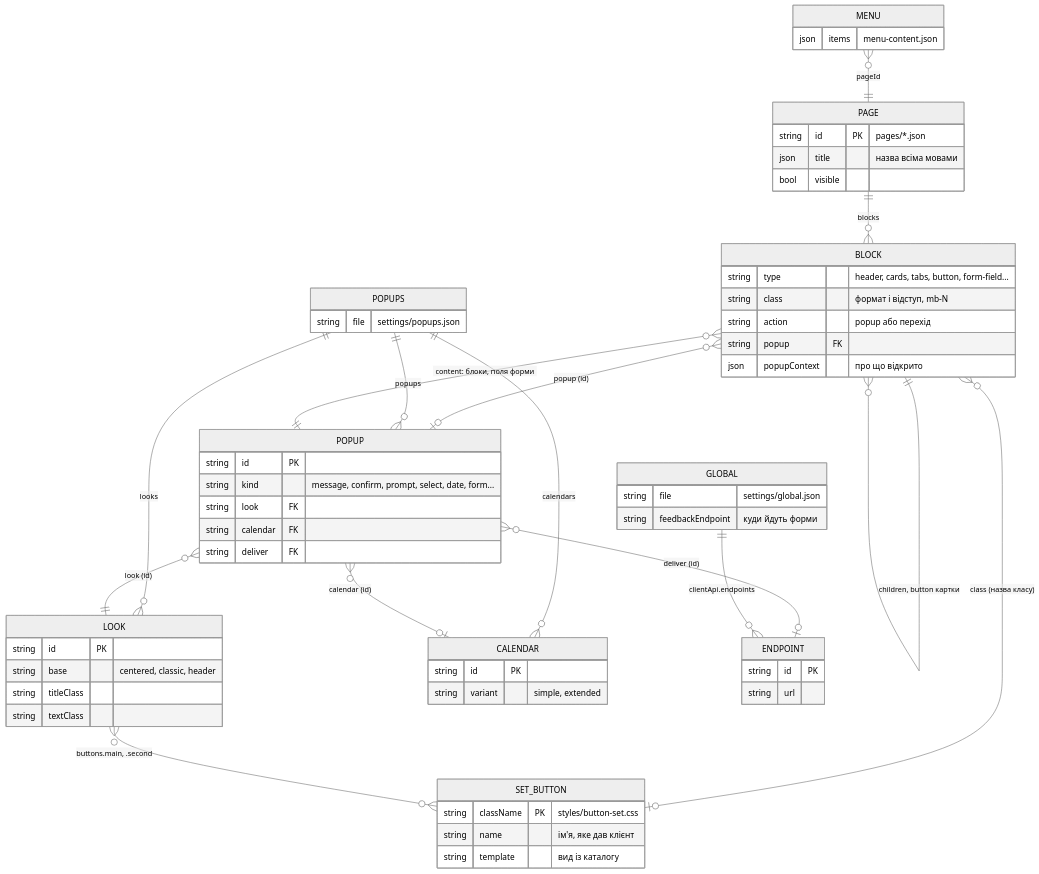
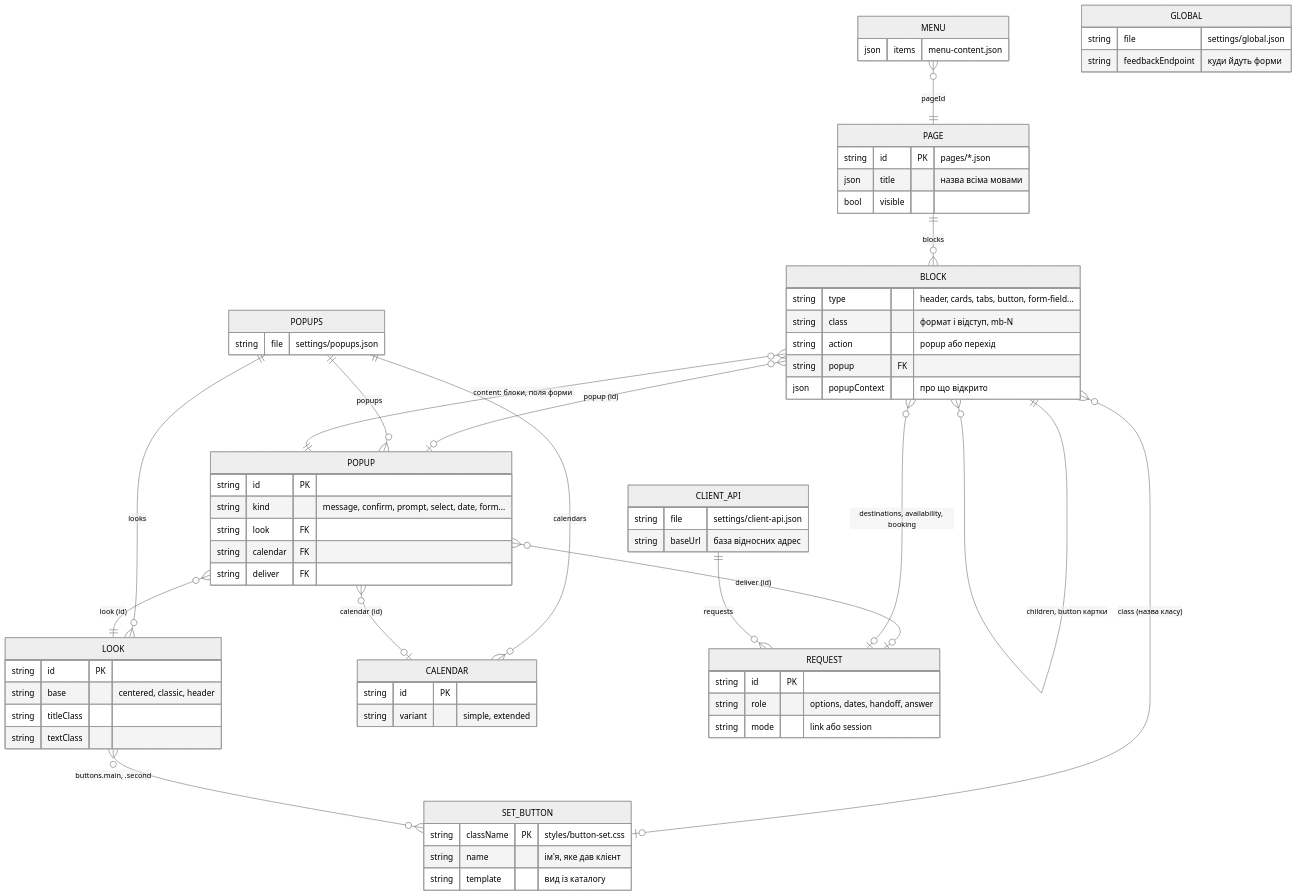
One commit to garevna/sve-studio changed the diagram in docs/architecture/data.uk.mmd. Above: the diagram before and after it, drawn with Mermaid (neutral theme). The commit also changed 67 other files, not shown here.

First line of the commit message:
Docking block: @sve/dock, «Підключення API», hotel search, hosted demo client

```diff
--- a/docs/architecture/data.uk.mmd
+++ b/docs/architecture/data.uk.mmd
@@ -1,64 +1,70 @@
 erDiagram
   PAGE ||--o{ BLOCK : "blocks"
   BLOCK ||--o{ BLOCK : "children, button картки"
   MENU }o--|| PAGE : "pageId"
   BLOCK }o--o| POPUP : "popup (id)"
   BLOCK }o--o| SET_BUTTON : "class (назва класу)"
   POPUPS ||--o{ POPUP : "popups"
   POPUPS ||--o{ LOOK : "looks"
   POPUPS ||--o{ CALENDAR : "calendars"
   POPUP }o--|| LOOK : "look (id)"
   POPUP }o--o| CALENDAR : "calendar (id)"
   POPUP ||--o{ BLOCK : "content: блоки, поля форми"
-  POPUP }o--o| ENDPOINT : "deliver (id)"
+  POPUP }o--o| REQUEST : "deliver (id)"
+  BLOCK }o--o| REQUEST : "destinations, availability, booking"
   LOOK }o--o{ SET_BUTTON : "buttons.main, .second"
-  GLOBAL ||--o{ ENDPOINT : "clientApi.endpoints"
+  CLIENT_API ||--o{ REQUEST : "requests"
 
   PAGE {
     string id PK "pages/*.json"
     json title "назва всіма мовами"
     bool visible
   }
   BLOCK {
     string type "header, cards, tabs, button, form-field..."
     string class "формат і відступ, mb-N"
     string action "popup або перехід"
     string popup FK
     json popupContext "про що відкрито"
   }
   MENU {
     json items "menu-content.json"
   }
   POPUPS {
     string file "settings/popups.json"
   }
   POPUP {
     string id PK
     string kind "message, confirm, prompt, select, date, form..."
     string look FK
     string calendar FK
     string deliver FK
   }
   LOOK {
     string id PK
     string base "centered, classic, header"
     string titleClass
     string textClass
   }
   CALENDAR {
     string id PK
     string variant "simple, extended"
   }
   SET_BUTTON {
     string className PK "styles/button-set.css"
     string name "ім'я, яке дав клієнт"
     string template "вид із каталогу"
   }
   GLOBAL {
     string file "settings/global.json"
     string feedbackEndpoint "куди йдуть форми"
   }
-  ENDPOINT {
+  CLIENT_API {
+    string file "settings/client-api.json"
+    string baseUrl "база відносних адрес"
+  }
+  REQUEST {
     string id PK
-    string url
+    string role "options, dates, handoff, answer"
+    string mode "link або session"
   }
```
